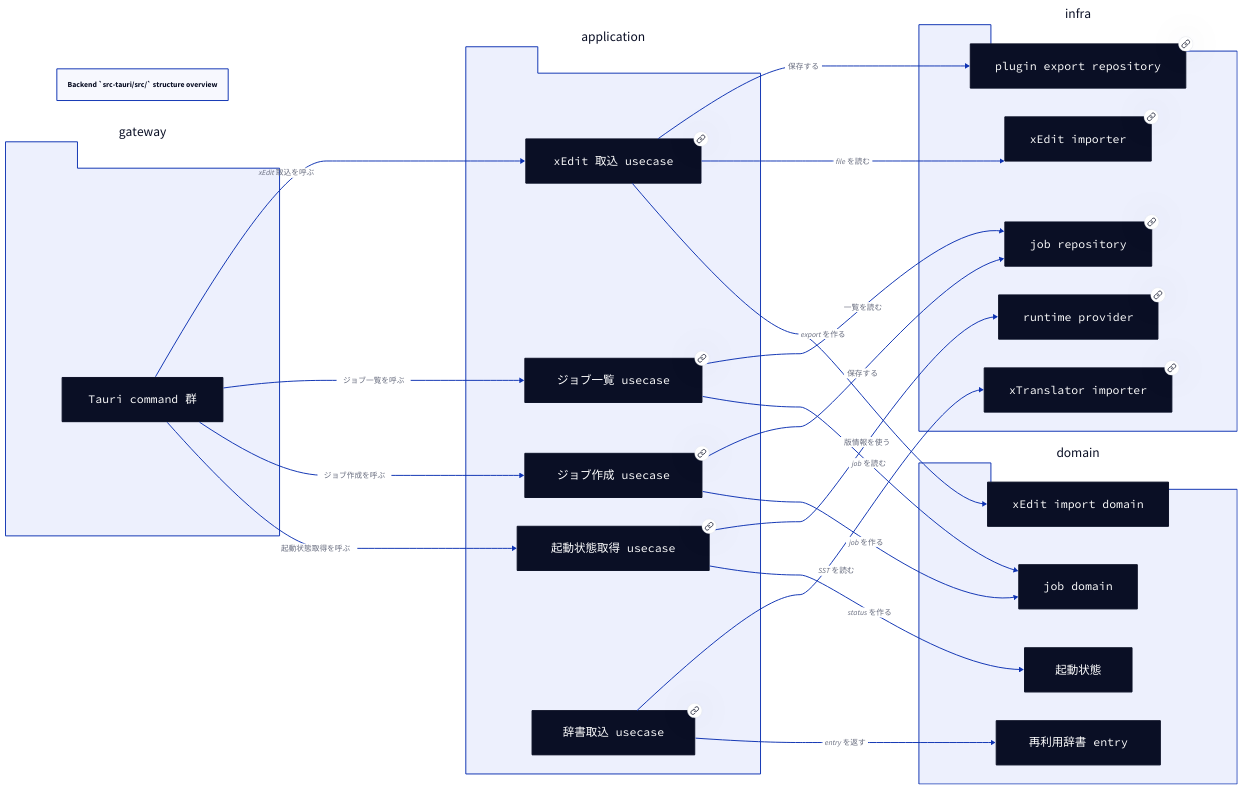
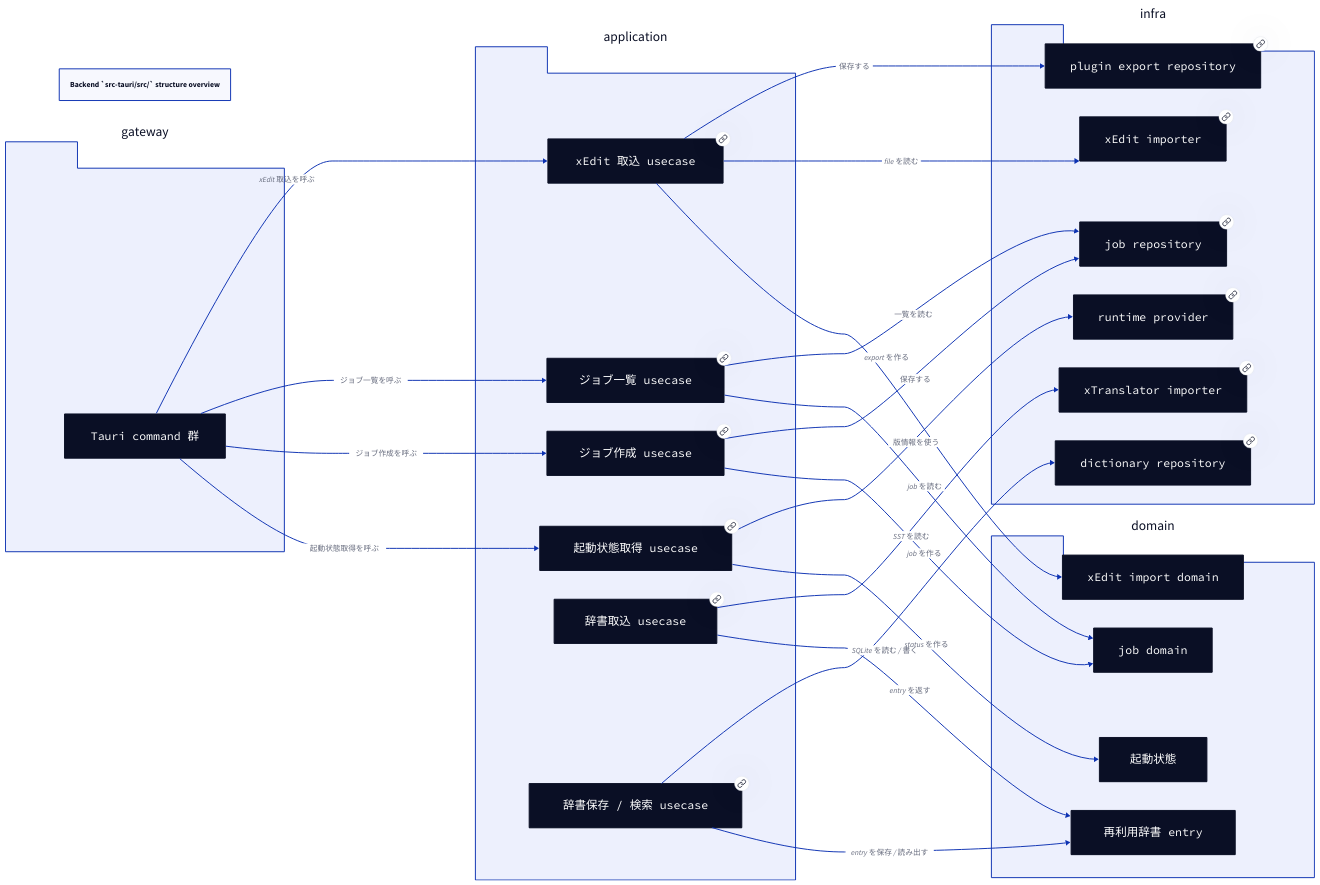
One commit to ishibata91/AITranslationEngineJP changed the diagram in 4humans/diagrams/structures/backend-structure-overview.d2. Above: the diagram before and after it, drawn with D2. The commit also changed 15 other files, not shown here.

Commit message:
Add overview manifest checks for new detail diagrams

```diff
--- a/4humans/diagrams/structures/backend-structure-overview.d2
+++ b/4humans/diagrams/structures/backend-structure-overview.d2
@@ -1,124 +1,138 @@
 direction: right
 
 title: "Backend `src-tauri/src/` structure overview"
 
 gatewayLayer: {
   shape: package
   label: "gateway"
 
   tauriCommands: {
     shape: class
     label: "Tauri command 群"
   }
 }
 
 applicationLayer: {
   shape: package
   label: "application"
 
   bootstrapUsecase: {
     shape: class
     label: "起動状態取得 usecase"
     link: "./backend-bootstrap-status-class-diagram.svg"
   }
 
   createJobUsecase: {
     shape: class
     label: "ジョブ作成 usecase"
     link: "./backend-create-job-class-diagram.svg"
   }
 
   listJobsUsecase: {
     shape: class
     label: "ジョブ一覧 usecase"
     link: "./backend-list-jobs-class-diagram.svg"
   }
 
   importXeditUsecase: {
     shape: class
     label: "xEdit 取込 usecase"
     link: "./backend-import-xedit-class-diagram.svg"
   }
 
   dictionaryImportUsecase: {
     shape: class
     label: "辞書取込 usecase"
     link: "./backend-dictionary-import-class-diagram.svg"
+  }
+
+  dictionaryStorageQueryUsecase: {
+    shape: class
+    label: "辞書保存 / 検索 usecase"
+    link: "./backend-dictionary-storage-query-class-diagram.svg"
   }
 }
 
 domainLayer: {
   shape: package
   label: "domain"
 
   bootstrapStatus: {
     shape: class
     label: "起動状態"
   }
 
   jobDomain: {
     shape: class
     label: "job domain"
   }
 
   importDomain: {
     shape: class
     label: "xEdit import domain"
   }
 
   dictionaryEntries: {
     shape: class
     label: "再利用辞書 entry"
   }
 }
 
 infraLayer: {
   shape: package
   label: "infra"
 
   runtimeInfo: {
     shape: class
     label: "runtime provider"
     link: "./backend-bootstrap-status-class-diagram.svg"
   }
 
   jobRepository: {
     shape: class
     label: "job repository"
     link: "./backend-create-job-class-diagram.svg"
   }
 
   pluginExportRepository: {
     shape: class
     label: "plugin export repository"
     link: "./backend-import-xedit-class-diagram.svg"
   }
 
   xeditImporter: {
     shape: class
     label: "xEdit importer"
     link: "./backend-import-xedit-class-diagram.svg"
   }
 
   xtranslatorImporter: {
     shape: class
     label: "xTranslator importer"
     link: "./backend-dictionary-import-class-diagram.svg"
   }
+
+  dictionaryRepository: {
+    shape: class
+    label: "dictionary repository"
+    link: "./backend-dictionary-storage-query-class-diagram.svg"
+  }
 }
 
 gatewayLayer.tauriCommands -> applicationLayer.bootstrapUsecase: 起動状態取得を呼ぶ
 gatewayLayer.tauriCommands -> applicationLayer.createJobUsecase: ジョブ作成を呼ぶ
 gatewayLayer.tauriCommands -> applicationLayer.listJobsUsecase: ジョブ一覧を呼ぶ
 gatewayLayer.tauriCommands -> applicationLayer.importXeditUsecase: xEdit 取込を呼ぶ
 applicationLayer.bootstrapUsecase -> domainLayer.bootstrapStatus: status を作る
 applicationLayer.bootstrapUsecase -> infraLayer.runtimeInfo: 版情報を使う
 applicationLayer.createJobUsecase -> domainLayer.jobDomain: job を作る
 applicationLayer.createJobUsecase -> infraLayer.jobRepository: 保存する
 applicationLayer.listJobsUsecase -> domainLayer.jobDomain: job を読む
 applicationLayer.listJobsUsecase -> infraLayer.jobRepository: 一覧を読む
 applicationLayer.importXeditUsecase -> domainLayer.importDomain: export を作る
 applicationLayer.importXeditUsecase -> infraLayer.xeditImporter: file を読む
 applicationLayer.importXeditUsecase -> infraLayer.pluginExportRepository: 保存する
 applicationLayer.dictionaryImportUsecase -> domainLayer.dictionaryEntries: entry を返す
 applicationLayer.dictionaryImportUsecase -> infraLayer.xtranslatorImporter: SST を読む
+applicationLayer.dictionaryStorageQueryUsecase -> domainLayer.dictionaryEntries: entry を保存 / 読み出す
+applicationLayer.dictionaryStorageQueryUsecase -> infraLayer.dictionaryRepository: SQLite を読む / 書く
```
